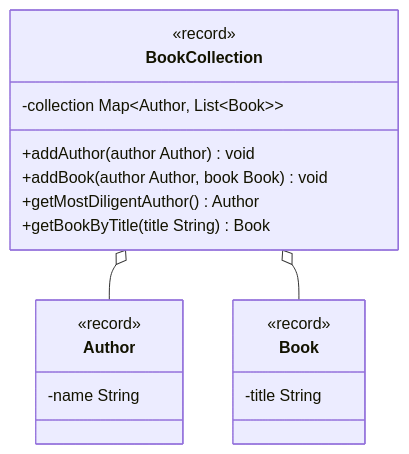
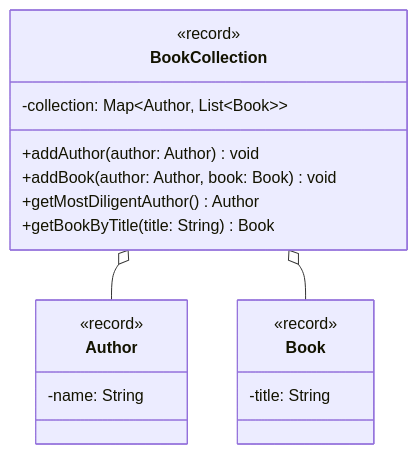
One commit to jappuccini/java-docs changed the diagram in docs/exercises/maps/maps02.mdx. Above: the diagram before and after it, drawn with Mermaid. The commit also changed other lines of this file and 76 other files, not shown here.

Commit message:
uml fixes (colons, properties), headline fixes (italic) and exam result updates

````diff
--- a/docs/exercises/maps/maps02.mdx
+++ b/docs/exercises/maps/maps02.mdx
@@ -16,24 +16,24 @@
 ```mermaid
 classDiagram
     BookCollection o-- Author
     BookCollection o-- Book
 
     class Author {
         <<record>>
-        -name String
+        -name: String
     }
 
     class Book {
         <<record>>
-        -title String
+        -title: String
     }
 
     class BookCollection {
         <<record>>
-        -collection Map~Author&sbquo; List~Book~~
-        +addAuthor(author Author) void
-        +addBook(author Author, book Book) void
+        -collection: Map~Author&sbquo; List~Book~~
+        +addAuthor(author: Author) void
+        +addBook(author: Author, book: Book) void
         +getMostDiligentAuthor() Author
-        +getBookByTitle(title String) Book
+        +getBookByTitle(title: String) Book
     }
 ```
````
